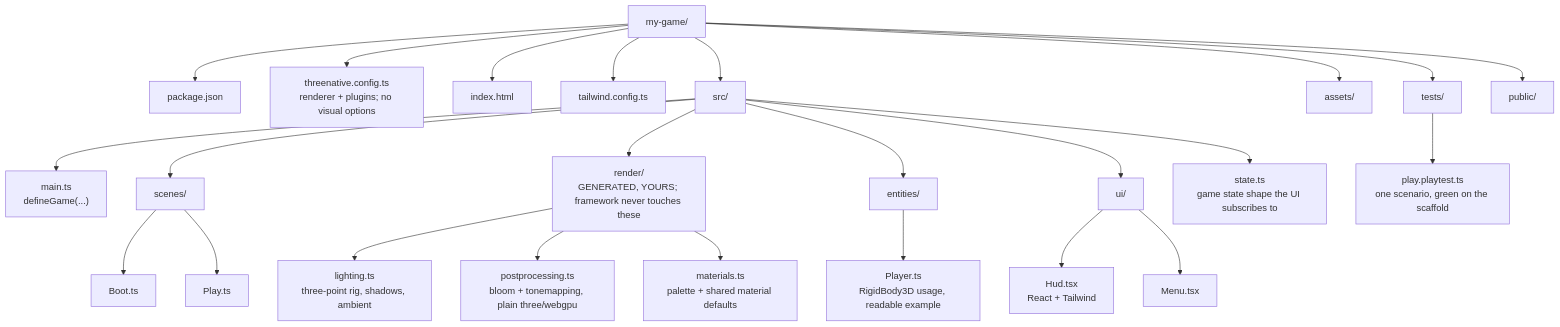
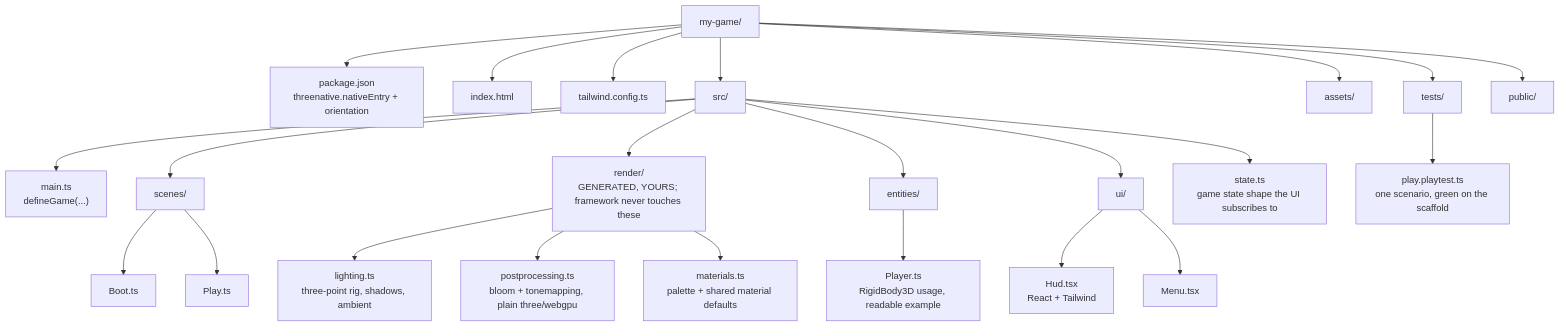
One commit to ThreeNativeHQ/threenative changed the third of 3 diagrams in docs/architecture/CHARTER.md. Above: the diagram before and after it, drawn with Mermaid. The commit also changed 20 other files, not shown here.

First line of the commit message:
feat(native): game-declared orientation (#4)

````diff
--- a/docs/architecture/CHARTER.md
+++ b/docs/architecture/CHARTER.md
@@ -513,47 +513,45 @@
 ```mermaid
 flowchart TD
     project["my-game/"]
-    package["package.json"]
-    config["threenative.config.ts<br/>renderer + plugins; no visual options"]
+    package["package.json<br/>threenative.nativeEntry + orientation"]
     index["index.html"]
     tailwind["tailwind.config.ts"]
     src["src/"]
     main["main.ts<br/>defineGame(...)"]
     scenes["scenes/"]
     boot["Boot.ts"]
     play["Play.ts"]
     render["render/<br/>GENERATED, YOURS; framework never touches these"]
     lighting["lighting.ts<br/>three-point rig, shadows, ambient"]
     post["postprocessing.ts<br/>bloom + tonemapping, plain three/webgpu"]
     materials["materials.ts<br/>palette + shared material defaults"]
     entities["entities/"]
     player["Player.ts<br/>RigidBody3D usage, readable example"]
     ui["ui/"]
     hud["Hud.tsx<br/>React + Tailwind"]
     menu["Menu.tsx"]
     state["state.ts<br/>game state shape the UI subscribes to"]
     assets["assets/"]
     tests["tests/"]
     scenario["play.playtest.ts<br/>one scenario, green on the scaffold"]
     public["public/"]
 
     project --> package
-    project --> config
     project --> index
     project --> tailwind
     project --> src
     src --> main
     src --> scenes --> boot
     scenes --> play
     src --> render
     render --> lighting
     render --> post
     render --> materials
     src --> entities --> player
     src --> ui --> hud
     ui --> menu
     src --> state
     project --> assets
     project --> tests --> scenario
     project --> public
 ```
````
